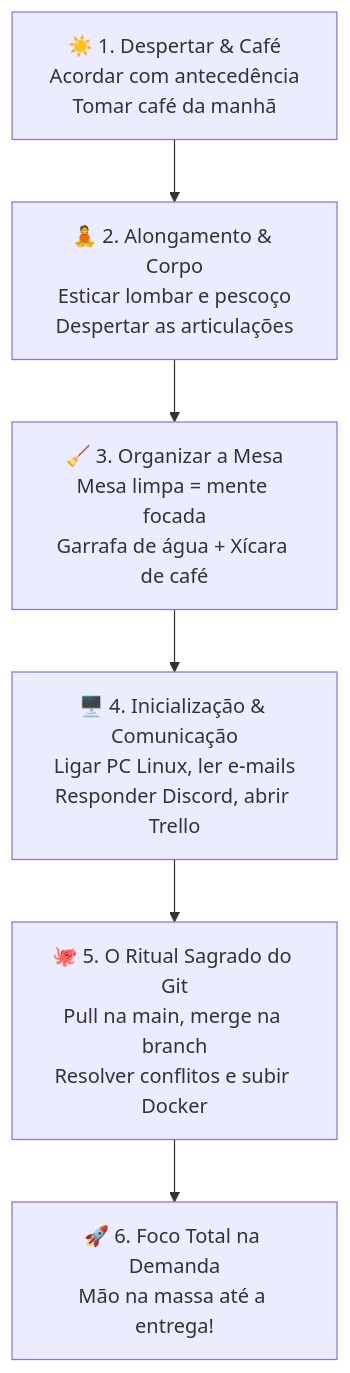
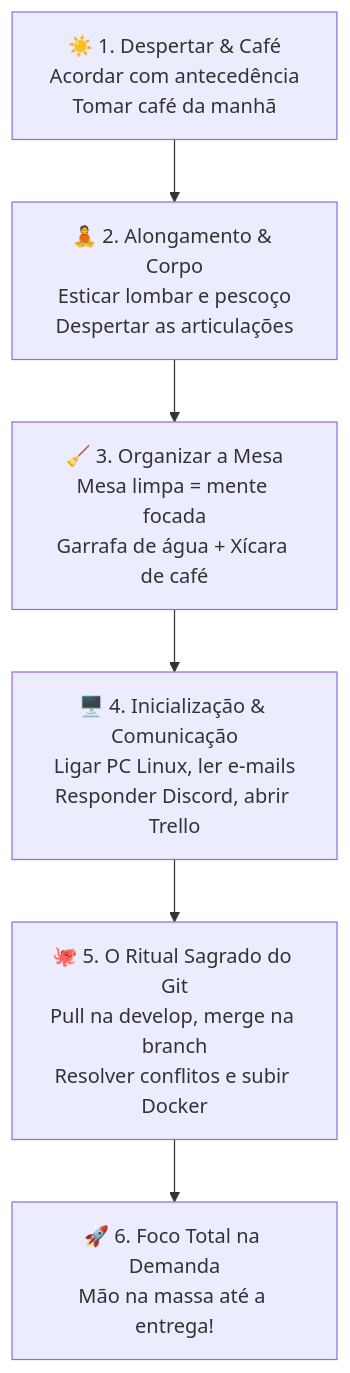
One commit to Roliveira96/manual-do-calouro changed the diagram in docs/09-rotina-e-boas-praticas-remotas.md. Above: the diagram before and after it, drawn with Mermaid. The commit also changed other lines of this file and 10 other files, not shown here.

````diff
--- a/docs/09-rotina-e-boas-praticas-remotas.md
+++ b/docs/09-rotina-e-boas-praticas-remotas.md
@@ -31,8 +31,8 @@
 ```mermaid
 flowchart TD
     A["☀️ 1. Despertar & Café\nAcordar com antecedência\nTomar café da manhã"] --> B["🧘 2. Alongamento & Corpo\nEsticar lombar e pescoço\nDespertar as articulações"]
     B --> C["🧹 3. Organizar a Mesa\nMesa limpa = mente focada\nGarrafa de água + Xícara de café"]
     C --> D["🖥️ 4. Inicialização & Comunicação\nLigar PC Linux, ler e-mails\nResponder Discord, abrir Trello"]
-    D --> E["🐙 5. O Ritual Sagrado do Git\nPull na main, merge na branch\nResolver conflitos e subir Docker"]
+    D --> E["🐙 5. O Ritual Sagrado do Git\nPull na develop, merge na branch\nResolver conflitos e subir Docker"]
     E --> F["🚀 6. Foco Total na Demanda\nMão na massa até a entrega!"]
 ```
````
